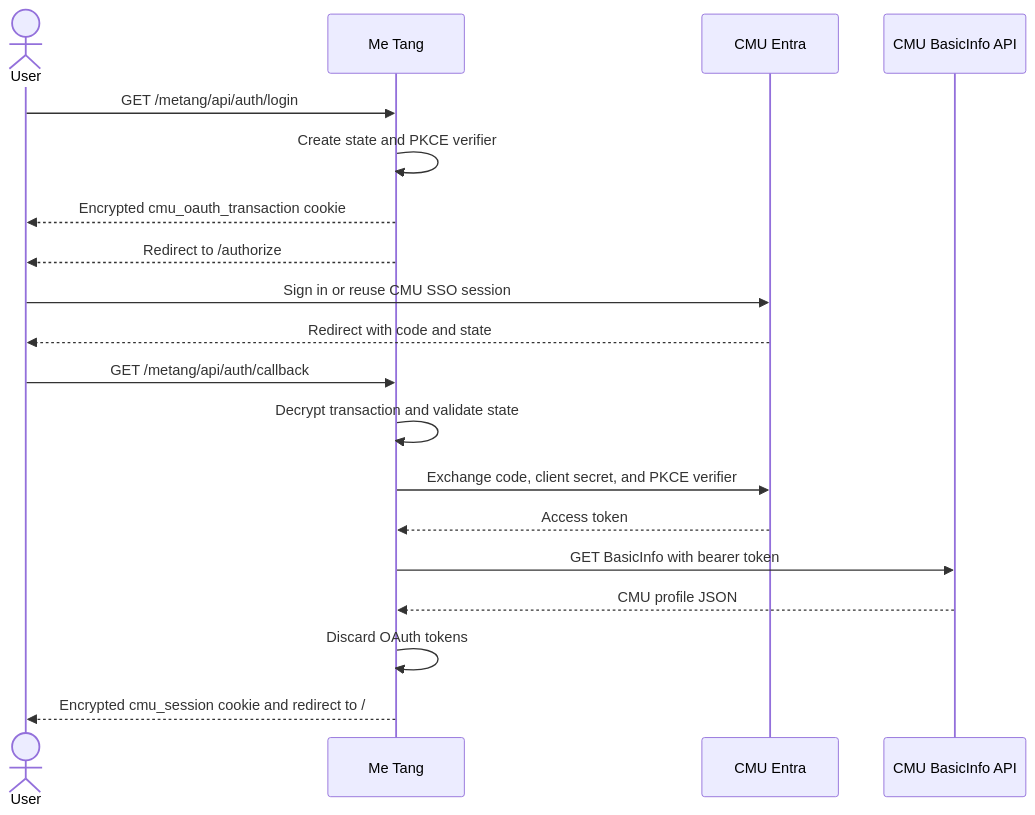
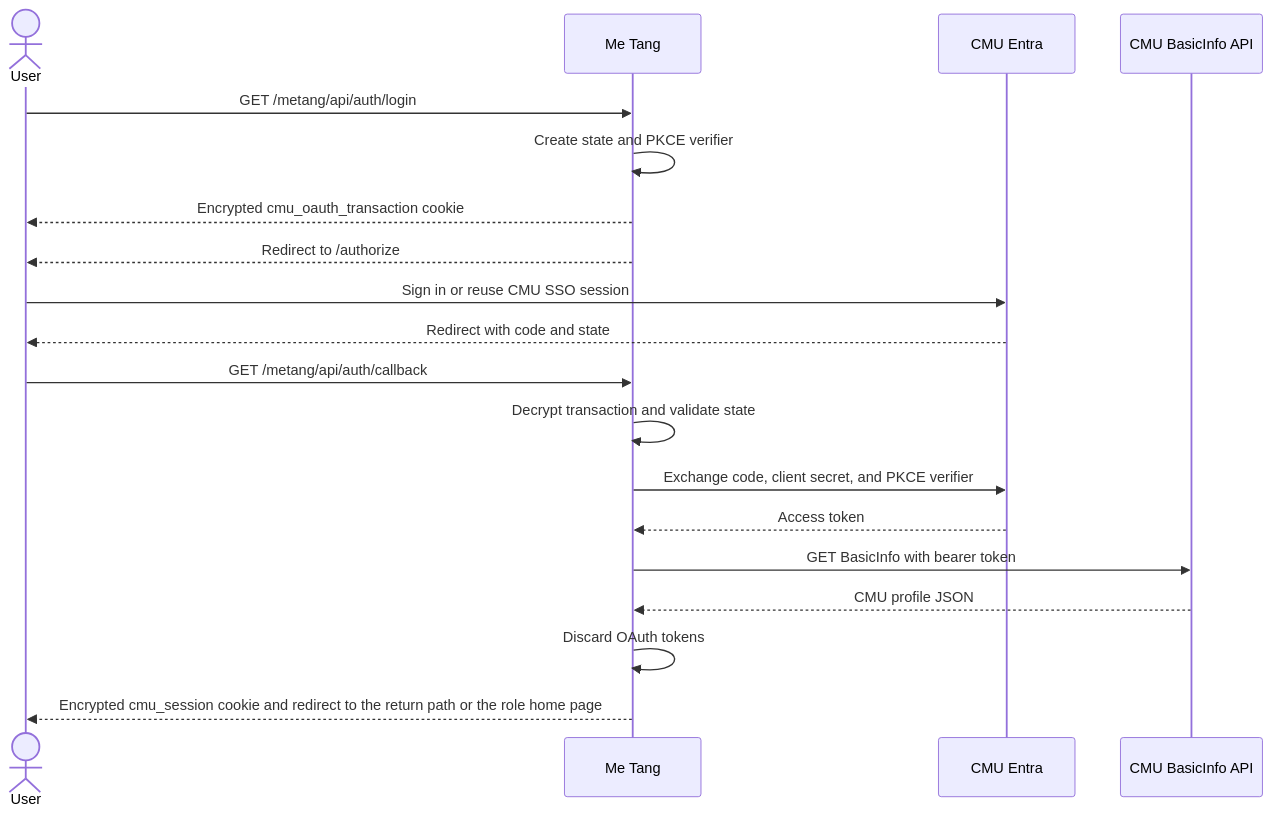
One commit to SE67-Metang-s-Project/metang changed the diagram in docs/CMU-ENTRA-SSO.md. Above: the diagram before and after it, drawn with Mermaid. The commit also changed other lines of this file and 1 other file, not shown here.

First line of the commit message:
docs(auth): bring the CMU sign-in and Email API documents up to date

````diff
--- a/docs/CMU-ENTRA-SSO.md
+++ b/docs/CMU-ENTRA-SSO.md
@@ -40,22 +44,22 @@
 ```mermaid
 sequenceDiagram
   actor User
   participant App as Me Tang
   participant Entra as CMU Entra
   participant API as CMU BasicInfo API
 
   User->>App: GET /metang/api/auth/login
   App->>App: Create state and PKCE verifier
   App-->>User: Encrypted cmu_oauth_transaction cookie
   App-->>User: Redirect to /authorize
   User->>Entra: Sign in or reuse CMU SSO session
   Entra-->>User: Redirect with code and state
   User->>App: GET /metang/api/auth/callback
   App->>App: Decrypt transaction and validate state
   App->>Entra: Exchange code, client secret, and PKCE verifier
   Entra-->>App: Access token
   App->>API: GET BasicInfo with bearer token
   API-->>App: CMU profile JSON
   App->>App: Discard OAuth tokens
-  App-->>User: Encrypted cmu_session cookie and redirect to /
+  App-->>User: Encrypted cmu_session cookie and redirect to the return path or the role home page
 ```
````
